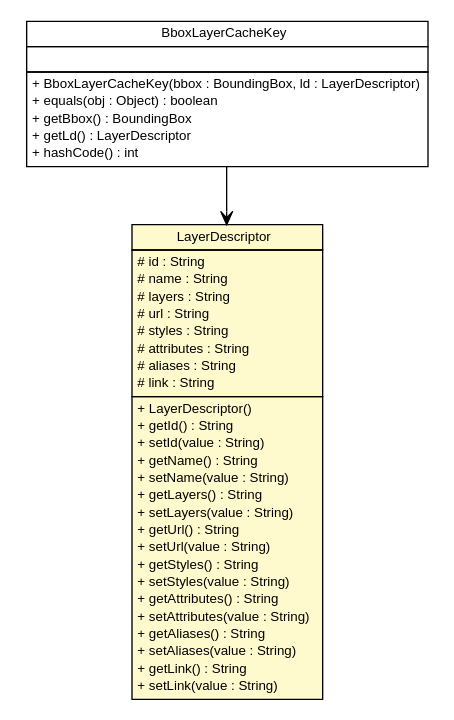
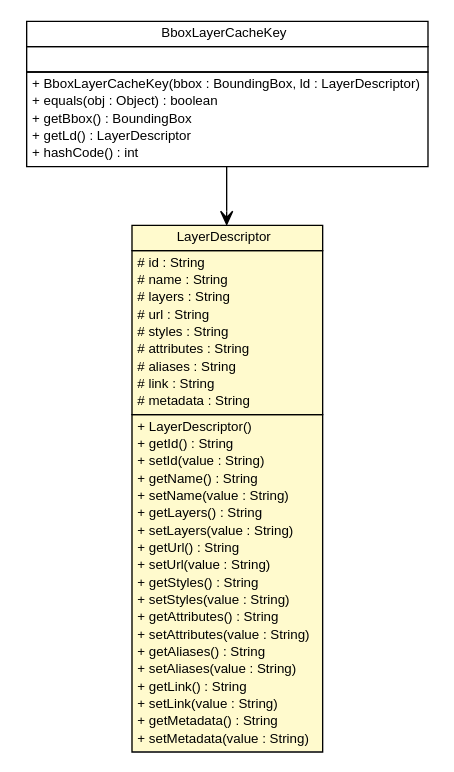
Before and after one commit to MinELenI/CBSviewer: the diagram in apidocs/nl/mineleni/cbsviewer/util/xml/LayerDescriptor.dot, drawn with Graphviz. The commit also changed 389 other files, not shown here.

```diff
--- a/apidocs/nl/mineleni/cbsviewer/util/xml/LayerDescriptor.dot
+++ b/apidocs/nl/mineleni/cbsviewer/util/xml/LayerDescriptor.dot
@@ -1,65 +1,68 @@
 #!/usr/local/bin/dot
 #
 # Class diagram 
 # Generated by UMLGraph version R5_6 (http://www.umlgraph.org/)
 #
 
 digraph G {
 	edge [fontname="arial",fontsize=10,labelfontname="arial",labelfontsize=10];
 	node [fontname="arial",fontsize=10,shape=plaintext];
 	nodesep=0.25;
 	ranksep=0.5;
 	// nl.mineleni.cbsviewer.servlet.wms.cache.BboxLayerCacheKey
 	c1828 [label=<<table title="nl.mineleni.cbsviewer.servlet.wms.cache.BboxLayerCacheKey" border="0" cellborder="1" cellspacing="0" cellpadding="2" port="p" href="../../servlet/wms/cache/BboxLayerCacheKey.html">
 		<tr><td><table border="0" cellspacing="0" cellpadding="1">
 <tr><td align="center" balign="center"> BboxLayerCacheKey </td></tr>
 		</table></td></tr>
 		<tr><td><table border="0" cellspacing="0" cellpadding="1">
 <tr><td align="left" balign="left">  </td></tr>
 		</table></td></tr>
 		<tr><td><table border="0" cellspacing="0" cellpadding="1">
 <tr><td align="left" balign="left"> + BboxLayerCacheKey(bbox : BoundingBox, ld : LayerDescriptor) </td></tr>
 <tr><td align="left" balign="left"> + equals(obj : Object) : boolean </td></tr>
 <tr><td align="left" balign="left"> + getBbox() : BoundingBox </td></tr>
 <tr><td align="left" balign="left"> + getLd() : LayerDescriptor </td></tr>
 <tr><td align="left" balign="left"> + hashCode() : int </td></tr>
 		</table></td></tr>
 		</table>>, URL="../../servlet/wms/cache/BboxLayerCacheKey.html", fontname="arial", fontcolor="black", fontsize=10.0];
 	// nl.mineleni.cbsviewer.util.xml.LayerDescriptor
 	c1855 [label=<<table title="nl.mineleni.cbsviewer.util.xml.LayerDescriptor" border="0" cellborder="1" cellspacing="0" cellpadding="2" port="p" bgcolor="lemonChiffon" href="./LayerDescriptor.html">
 		<tr><td><table border="0" cellspacing="0" cellpadding="1">
 <tr><td align="center" balign="center"> LayerDescriptor </td></tr>
 		</table></td></tr>
 		<tr><td><table border="0" cellspacing="0" cellpadding="1">
 <tr><td align="left" balign="left"> # id : String </td></tr>
 <tr><td align="left" balign="left"> # name : String </td></tr>
 <tr><td align="left" balign="left"> # layers : String </td></tr>
 <tr><td align="left" balign="left"> # url : String </td></tr>
 <tr><td align="left" balign="left"> # styles : String </td></tr>
 <tr><td align="left" balign="left"> # attributes : String </td></tr>
 <tr><td align="left" balign="left"> # aliases : String </td></tr>
 <tr><td align="left" balign="left"> # link : String </td></tr>
+<tr><td align="left" balign="left"> # metadata : String </td></tr>
 		</table></td></tr>
 		<tr><td><table border="0" cellspacing="0" cellpadding="1">
 <tr><td align="left" balign="left"> + LayerDescriptor() </td></tr>
 <tr><td align="left" balign="left"> + getId() : String </td></tr>
 <tr><td align="left" balign="left"> + setId(value : String) </td></tr>
 <tr><td align="left" balign="left"> + getName() : String </td></tr>
 <tr><td align="left" balign="left"> + setName(value : String) </td></tr>
 <tr><td align="left" balign="left"> + getLayers() : String </td></tr>
 <tr><td align="left" balign="left"> + setLayers(value : String) </td></tr>
 <tr><td align="left" balign="left"> + getUrl() : String </td></tr>
 <tr><td align="left" balign="left"> + setUrl(value : String) </td></tr>
 <tr><td align="left" balign="left"> + getStyles() : String </td></tr>
 <tr><td align="left" balign="left"> + setStyles(value : String) </td></tr>
 <tr><td align="left" balign="left"> + getAttributes() : String </td></tr>
 <tr><td align="left" balign="left"> + setAttributes(value : String) </td></tr>
 <tr><td align="left" balign="left"> + getAliases() : String </td></tr>
 <tr><td align="left" balign="left"> + setAliases(value : String) </td></tr>
 <tr><td align="left" balign="left"> + getLink() : String </td></tr>
 <tr><td align="left" balign="left"> + setLink(value : String) </td></tr>
+<tr><td align="left" balign="left"> + getMetadata() : String </td></tr>
+<tr><td align="left" balign="left"> + setMetadata(value : String) </td></tr>
 		</table></td></tr>
 		</table>>, URL="./LayerDescriptor.html", fontname="arial", fontcolor="black", fontsize=10.0];
 	// nl.mineleni.cbsviewer.servlet.wms.cache.BboxLayerCacheKey NAVASSOC nl.mineleni.cbsviewer.util.xml.LayerDescriptor
 	c1828:p -> c1855:p [taillabel="", label="", headlabel="", fontname="arial", fontcolor="black", fontsize=10.0, color="black", arrowhead=open];
 }
```
